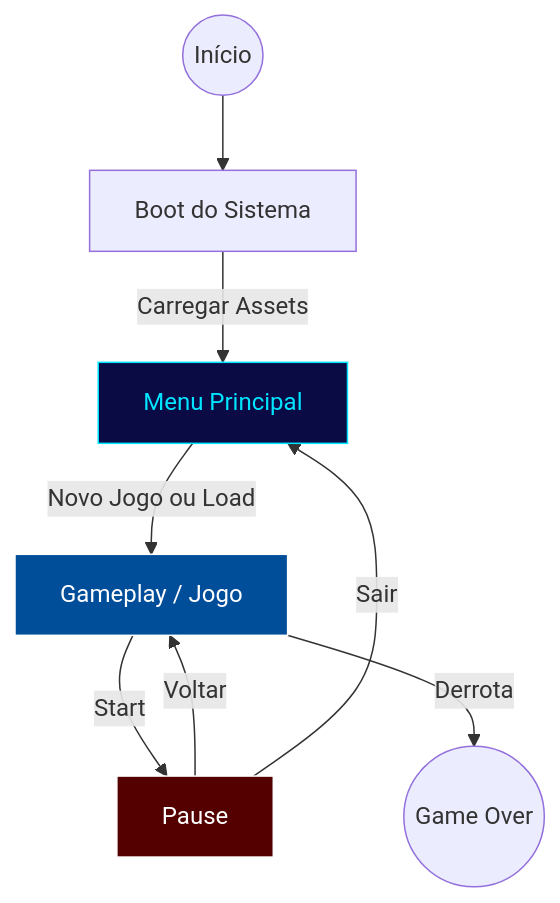
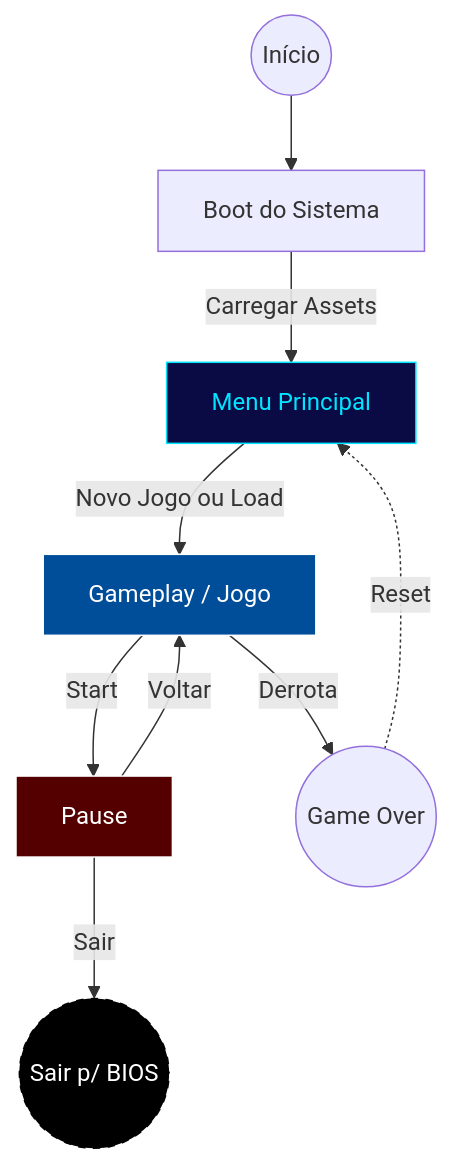
One commit to PedroQuimelo/Krone_PS2 changed the first of 2 diagrams in docs/fluxo_dados.md. Above: the diagram before and after it, drawn with Mermaid.

````diff
--- a/docs/fluxo_dados.md
+++ b/docs/fluxo_dados.md
@@ -18,20 +18,28 @@
 ```mermaid
 graph TD
     %% Nós (Caixas)
     Start((Início)) --> Boot[Boot do Sistema]
     Boot -->|Carregar Assets| Menu[Menu Principal]
     
-    %% Conexões Organizadas
+    %% Conexões
     Menu -->|Novo Jogo ou Load| Jogo[Gameplay / Jogo]
     
+    %% Ciclo de Pause
     Jogo -->|Start| Pause[Pause]
     Pause -->|Voltar| Jogo
-    Pause -->|Sair| Menu
     
+    %% AQUI A CORREÇÃO: Sair mata o jogo
+    Pause -->|Sair| BIOS((Sair p/ BIOS))
+    
+    %% Game Over
     Jogo -->|Derrota| GameOver((Game Over))
+    GameOver -.->|Reset| Menu
 
-    %% Estilização
+    %% Estilização (Tema Visual)
     style Menu fill:#0a0a45,color:#00e5ff,stroke:#00e5ff
     style Jogo fill:#004d99,color:#fff,stroke:#fff
     style Pause fill:#550000,color:#fff,stroke:#fff
+    
+    %% Estilo diferente para a BIOS (Terminal)
+    style BIOS fill:#000,color:#fff,stroke:#fff,stroke-dasharray: 5 5
 ```
````
